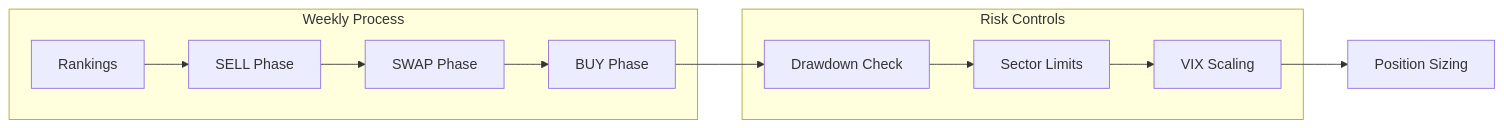
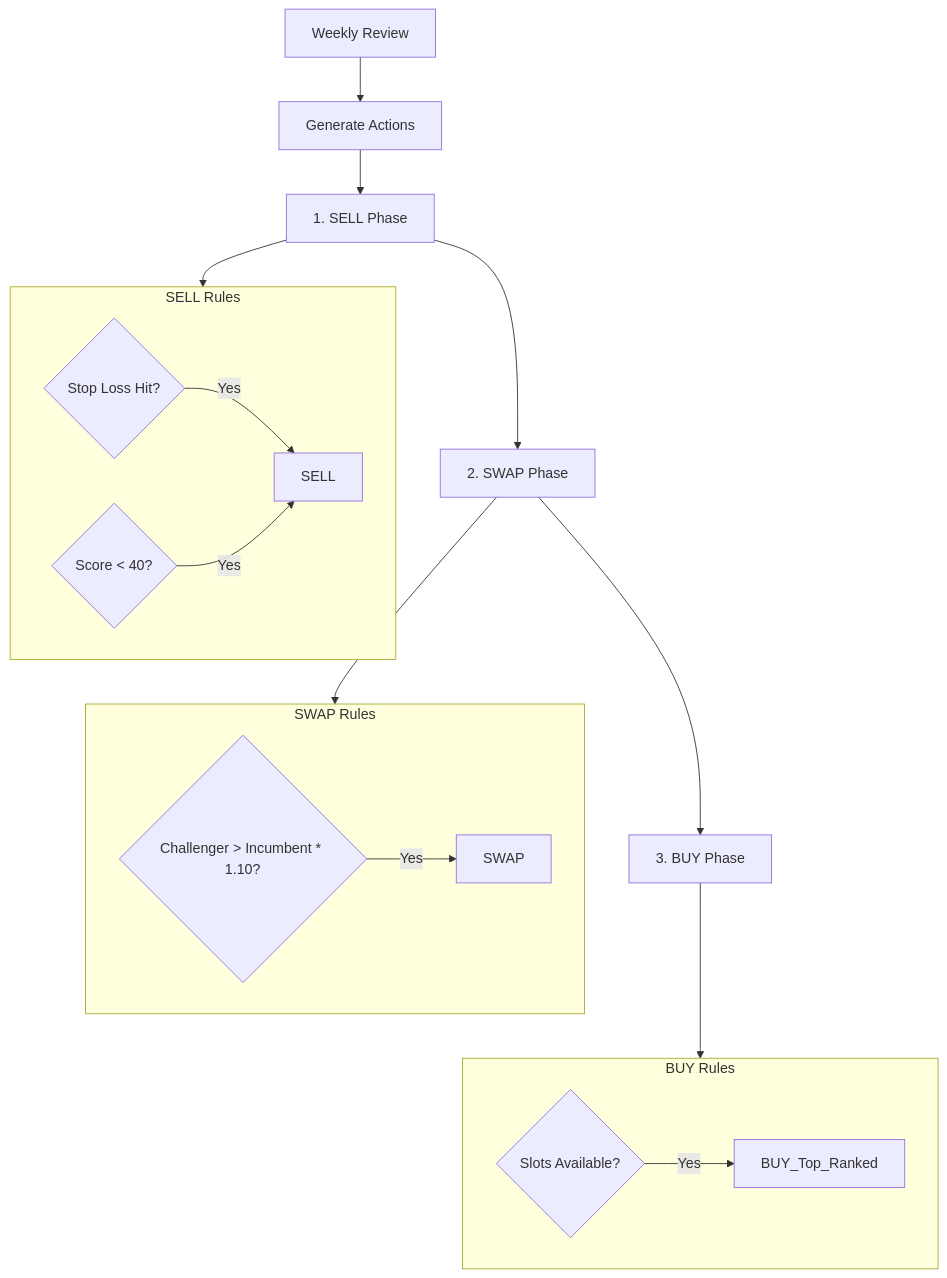
The diagram in docs/STRATEGY.md (Harshit6135/stock_screener), drawn with Mermaid before and after one commit. The commit also changed other lines of this file and 7 other files, not shown here.

````diff
--- a/docs/STRATEGY.md
+++ b/docs/STRATEGY.md
@@ -202,16 +75,24 @@
 ```mermaid
-flowchart LR
-    subgraph Weekly["Weekly Process"]
-        R[Rankings] --> S[SELL Phase]
-        S --> SW[SWAP Phase]
-        SW --> B[BUY Phase]
+flowchart TD
+    Start[Weekly Review] --> GenActions[Generate Actions]
+    GenActions --> SellPhase[1. SELL Phase]
+    SellPhase --> SwapPhase[2. SWAP Phase]
+    SwapPhase --> BuyPhase[3. BUY Phase]
+    
+    subgraph SellLogic [SELL Rules]
+        SL_Hit{Stop Loss Hit?} -- Yes --> SELL
+        Score_Low{Score < 40?} -- Yes --> SELL
     end
-    
-    subgraph Controls["Risk Controls"]
-        DD[Drawdown Check]
-        SEC[Sector Limits]
-        VIX[VIX Scaling]
+
+    subgraph SwapLogic [SWAP Rules]
+        Better{Challenger > Incumbent * 1.10?} -- Yes --> SWAP
     end
-    
-    B --> DD --> SEC --> VIX --> POS[Position Sizing]
+
+    subgraph BuyLogic [BUY Rules]
+        Vacancy{Slots Available?} -- Yes --> BUY_Top_Ranked
+    end
+
+    SellPhase --> SellLogic
+    SwapPhase --> SwapLogic
+    BuyPhase --> BuyLogic
 ```
````
